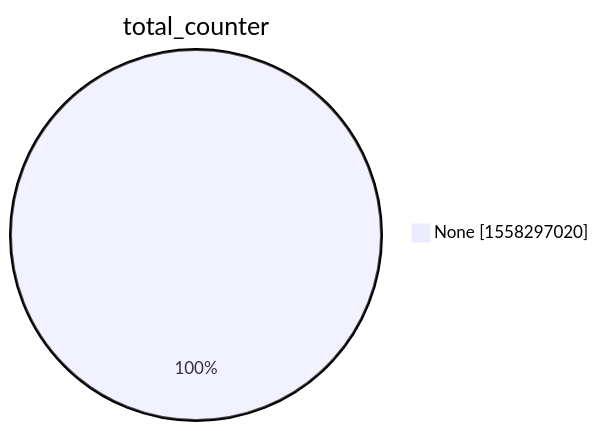
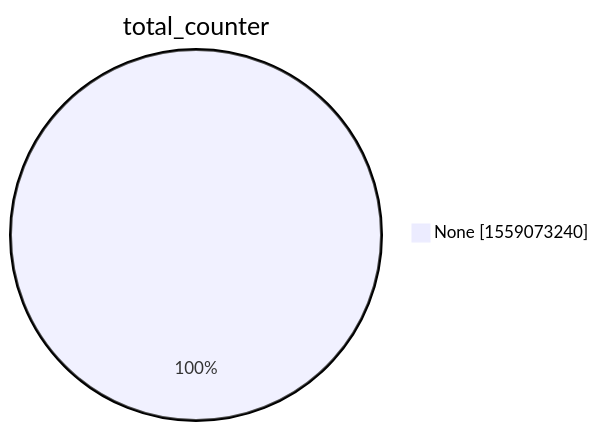
The second of 15 diagrams in xenon2022/README.md (christiankrug/ctmonitor_visualization), drawn with Mermaid before and after one commit. The commit also changed other lines of this file, not shown here.

````diff
--- a/xenon2022/README.md
+++ b/xenon2022/README.md
@@ -9,5 +9,5 @@
 ```mermaid
 pie showData
 title total_counter
-"None" :1558297020
+"None" :1559073240
 ```
````
